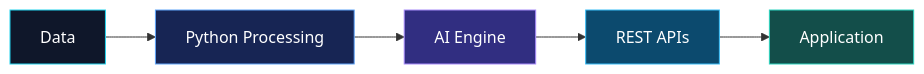
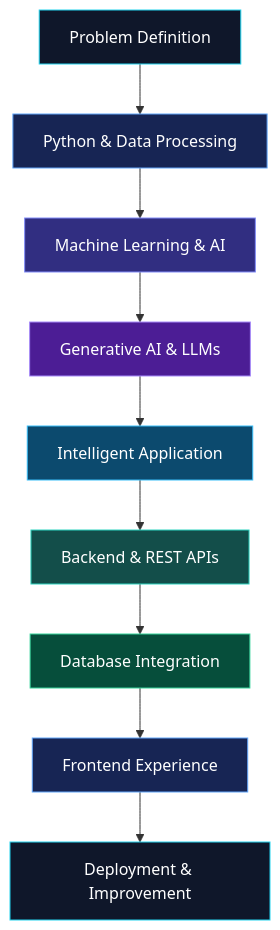
The diagram in README.md (rahulbhadekar/rahulbhadekar), drawn with Mermaid before and after one commit. The commit also changed other lines of this file, not shown here.

````diff
--- a/README.md
+++ b/README.md
@@ -323,13 +386,21 @@
 ```mermaid
-flowchart LR
-    A[Data] --> B[Python Processing]
-    B --> C[AI Engine]
-    C --> D[REST APIs]
-    D --> E[Application]
+flowchart TD
+    A["Problem Definition"] --> B["Python & Data Processing"]
+    B --> C["Machine Learning & AI"]
+    C --> D["Generative AI & LLMs"]
+    D --> E["Intelligent Application"]
+    E --> F["Backend & REST APIs"]
+    F --> G["Database Integration"]
+    G --> H["Frontend Experience"]
+    H --> I["Deployment & Improvement"]
 
     style A fill:#0f172a,stroke:#22d3ee,color:#fff
     style B fill:#172554,stroke:#60a5fa,color:#fff
-    style C fill:#312e81,stroke:#a78bfa,color:#fff
-    style D fill:#0c4a6e,stroke:#38bdf8,color:#fff
-    style E fill:#134e4a,stroke:#2dd4bf,color:#fff
+    style C fill:#312e81,stroke:#818cf8,color:#fff
+    style D fill:#4c1d95,stroke:#a78bfa,color:#fff
+    style E fill:#0c4a6e,stroke:#38bdf8,color:#fff
+    style F fill:#134e4a,stroke:#2dd4bf,color:#fff
+    style G fill:#064e3b,stroke:#34d399,color:#fff
+    style H fill:#172554,stroke:#60a5fa,color:#fff
+    style I fill:#0f172a,stroke:#22d3ee,color:#fff
 ```
````
